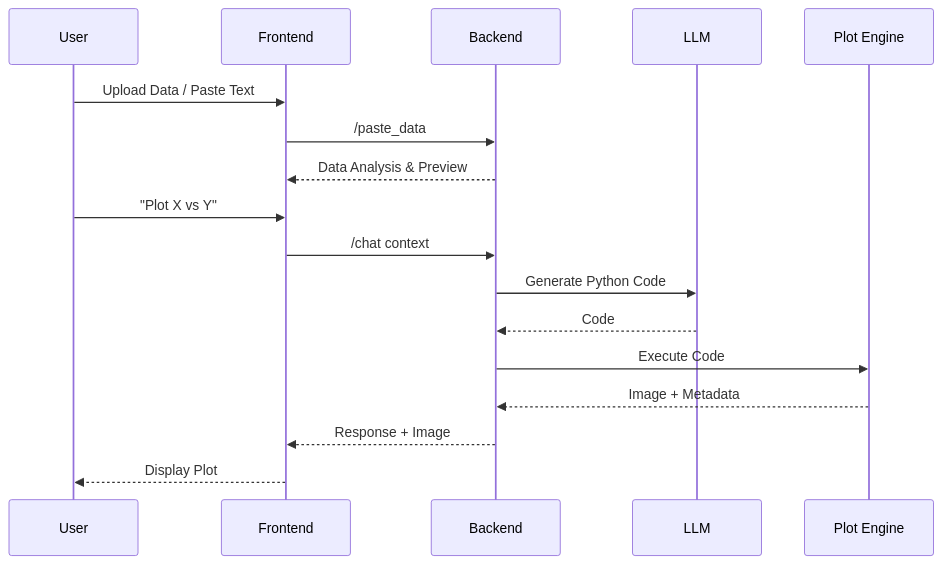
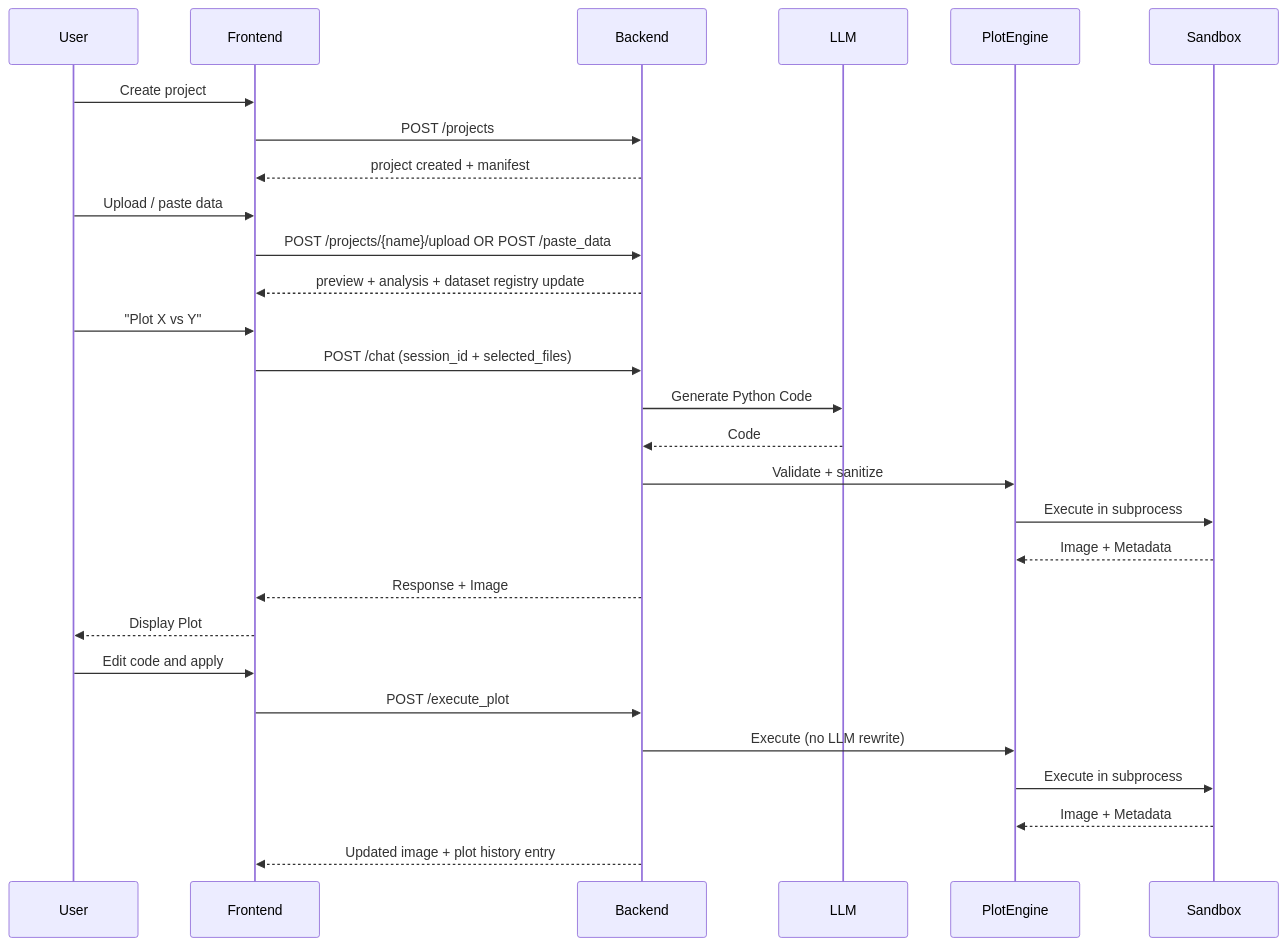
One commit to Indranil2020/Plot_MCP changed the second of 2 diagrams in doc/ARCHITECTURE.md. Above: the diagram before and after it, drawn with Mermaid. The commit also changed other lines of this file and 3 other files, not shown here.

````diff
--- a/doc/ARCHITECTURE.md
+++ b/doc/ARCHITECTURE.md
@@ -44,22 +82,35 @@
 ```mermaid
 sequenceDiagram
     participant U as User
     participant F as Frontend
     participant B as Backend
     participant L as LLM
-    participant P as Plot Engine
+    participant P as PlotEngine
+    participant S as Sandbox
 
-    U->>F: Upload Data / Paste Text
-    F->>B: /paste_data
-    B-->>F: Data Analysis & Preview
+    U->>F: Create project
+    F->>B: POST /projects
+    B-->>F: project created + manifest
+
+    U->>F: Upload / paste data
+    F->>B: POST /projects/{name}/upload OR POST /paste_data
+    B-->>F: preview + analysis + dataset registry update
 
     U->>F: "Plot X vs Y"
-    F->>B: /chat context
+    F->>B: POST /chat (session_id + selected_files)
     B->>L: Generate Python Code
     L-->>B: Code
     
-    B->>P: Execute Code
-    P-->>B: Image + Metadata
+    B->>P: Validate + sanitize
+    P->>S: Execute in subprocess
+    S-->>P: Image + Metadata
     B-->>F: Response + Image
     F-->>U: Display Plot
+
+    U->>F: Edit code and apply
+    F->>B: POST /execute_plot
+    B->>P: Execute (no LLM rewrite)
+    P->>S: Execute in subprocess
+    S-->>P: Image + Metadata
+    B-->>F: Updated image + plot history entry
 ```
````
